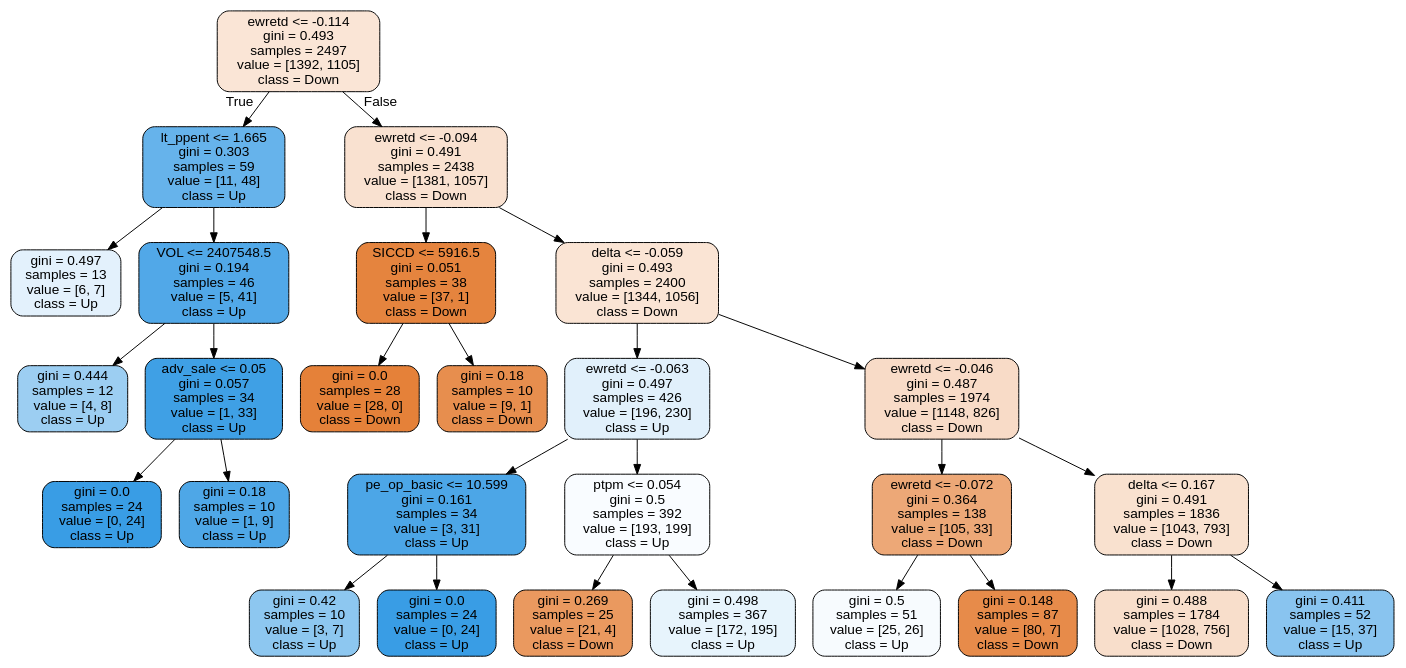
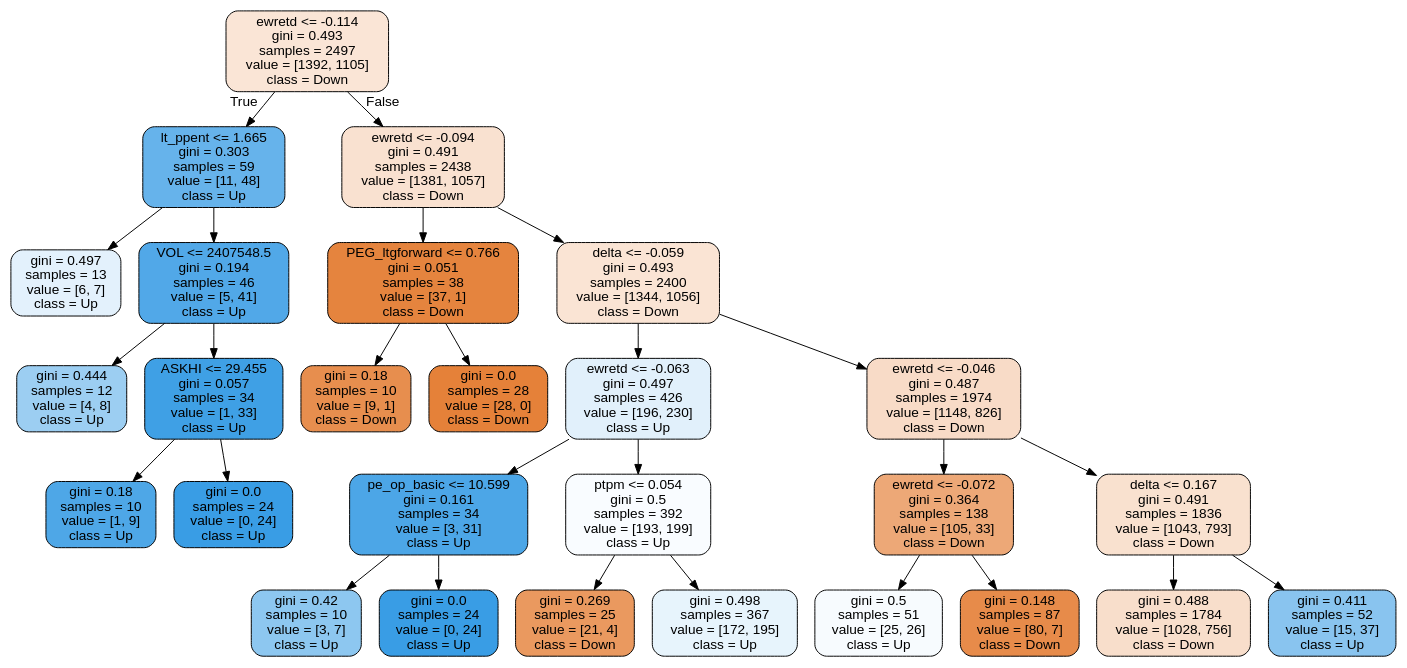
Before and after one commit to bjeffr/Intro_to_Machine_Learning_Group_4: the diagram in tree.dot, drawn with Graphviz. The commit also changed 1 other file, not shown here.

```diff
--- a/tree.dot
+++ b/tree.dot
@@ -1,57 +1,57 @@
 digraph Tree {
 node [shape=box, style="filled, rounded", color="black", fontname=helvetica] ;
 edge [fontname=helvetica] ;
 0 [label="ewretd <= -0.114\ngini = 0.493\nsamples = 2497\nvalue = [1392, 1105]\nclass = Down", fillcolor="#e5813935"] ;
 1 [label="lt_ppent <= 1.665\ngini = 0.303\nsamples = 59\nvalue = [11, 48]\nclass = Up", fillcolor="#399de5c5"] ;
 0 -> 1 [labeldistance=2.5, labelangle=45, headlabel="True"] ;
 2 [label="gini = 0.497\nsamples = 13\nvalue = [6, 7]\nclass = Up", fillcolor="#399de524"] ;
 1 -> 2 ;
 3 [label="VOL <= 2407548.5\ngini = 0.194\nsamples = 46\nvalue = [5, 41]\nclass = Up", fillcolor="#399de5e0"] ;
 1 -> 3 ;
 4 [label="gini = 0.444\nsamples = 12\nvalue = [4, 8]\nclass = Up", fillcolor="#399de57f"] ;
 3 -> 4 ;
-5 [label="adv_sale <= 0.05\ngini = 0.057\nsamples = 34\nvalue = [1, 33]\nclass = Up", fillcolor="#399de5f7"] ;
+5 [label="ASKHI <= 29.455\ngini = 0.057\nsamples = 34\nvalue = [1, 33]\nclass = Up", fillcolor="#399de5f7"] ;
 3 -> 5 ;
-6 [label="gini = 0.0\nsamples = 24\nvalue = [0, 24]\nclass = Up", fillcolor="#399de5ff"] ;
+6 [label="gini = 0.18\nsamples = 10\nvalue = [1, 9]\nclass = Up", fillcolor="#399de5e3"] ;
 5 -> 6 ;
-7 [label="gini = 0.18\nsamples = 10\nvalue = [1, 9]\nclass = Up", fillcolor="#399de5e3"] ;
+7 [label="gini = 0.0\nsamples = 24\nvalue = [0, 24]\nclass = Up", fillcolor="#399de5ff"] ;
 5 -> 7 ;
 8 [label="ewretd <= -0.094\ngini = 0.491\nsamples = 2438\nvalue = [1381, 1057]\nclass = Down", fillcolor="#e581393c"] ;
 0 -> 8 [labeldistance=2.5, labelangle=-45, headlabel="False"] ;
-9 [label="SICCD <= 5916.5\ngini = 0.051\nsamples = 38\nvalue = [37, 1]\nclass = Down", fillcolor="#e58139f8"] ;
+9 [label="PEG_ltgforward <= 0.766\ngini = 0.051\nsamples = 38\nvalue = [37, 1]\nclass = Down", fillcolor="#e58139f8"] ;
 8 -> 9 ;
-10 [label="gini = 0.0\nsamples = 28\nvalue = [28, 0]\nclass = Down", fillcolor="#e58139ff"] ;
+10 [label="gini = 0.18\nsamples = 10\nvalue = [9, 1]\nclass = Down", fillcolor="#e58139e3"] ;
 9 -> 10 ;
-11 [label="gini = 0.18\nsamples = 10\nvalue = [9, 1]\nclass = Down", fillcolor="#e58139e3"] ;
+11 [label="gini = 0.0\nsamples = 28\nvalue = [28, 0]\nclass = Down", fillcolor="#e58139ff"] ;
 9 -> 11 ;
 12 [label="delta <= -0.059\ngini = 0.493\nsamples = 2400\nvalue = [1344, 1056]\nclass = Down", fillcolor="#e5813937"] ;
 8 -> 12 ;
 13 [label="ewretd <= -0.063\ngini = 0.497\nsamples = 426\nvalue = [196, 230]\nclass = Up", fillcolor="#399de526"] ;
 12 -> 13 ;
 14 [label="pe_op_basic <= 10.599\ngini = 0.161\nsamples = 34\nvalue = [3, 31]\nclass = Up", fillcolor="#399de5e6"] ;
 13 -> 14 ;
 15 [label="gini = 0.42\nsamples = 10\nvalue = [3, 7]\nclass = Up", fillcolor="#399de592"] ;
 14 -> 15 ;
 16 [label="gini = 0.0\nsamples = 24\nvalue = [0, 24]\nclass = Up", fillcolor="#399de5ff"] ;
 14 -> 16 ;
 17 [label="ptpm <= 0.054\ngini = 0.5\nsamples = 392\nvalue = [193, 199]\nclass = Up", fillcolor="#399de508"] ;
 13 -> 17 ;
 18 [label="gini = 0.269\nsamples = 25\nvalue = [21, 4]\nclass = Down", fillcolor="#e58139ce"] ;
 17 -> 18 ;
 19 [label="gini = 0.498\nsamples = 367\nvalue = [172, 195]\nclass = Up", fillcolor="#399de51e"] ;
 17 -> 19 ;
 20 [label="ewretd <= -0.046\ngini = 0.487\nsamples = 1974\nvalue = [1148, 826]\nclass = Down", fillcolor="#e5813948"] ;
 12 -> 20 ;
 21 [label="ewretd <= -0.072\ngini = 0.364\nsamples = 138\nvalue = [105, 33]\nclass = Down", fillcolor="#e58139af"] ;
 20 -> 21 ;
 22 [label="gini = 0.5\nsamples = 51\nvalue = [25, 26]\nclass = Up", fillcolor="#399de50a"] ;
 21 -> 22 ;
 23 [label="gini = 0.148\nsamples = 87\nvalue = [80, 7]\nclass = Down", fillcolor="#e58139e9"] ;
 21 -> 23 ;
 24 [label="delta <= 0.167\ngini = 0.491\nsamples = 1836\nvalue = [1043, 793]\nclass = Down", fillcolor="#e581393d"] ;
 20 -> 24 ;
 25 [label="gini = 0.488\nsamples = 1784\nvalue = [1028, 756]\nclass = Down", fillcolor="#e5813943"] ;
 24 -> 25 ;
 26 [label="gini = 0.411\nsamples = 52\nvalue = [15, 37]\nclass = Up", fillcolor="#399de598"] ;
 24 -> 26 ;
 }
```
